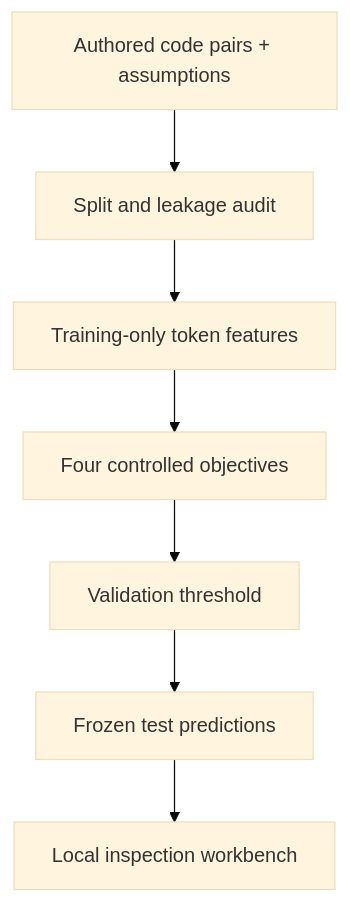
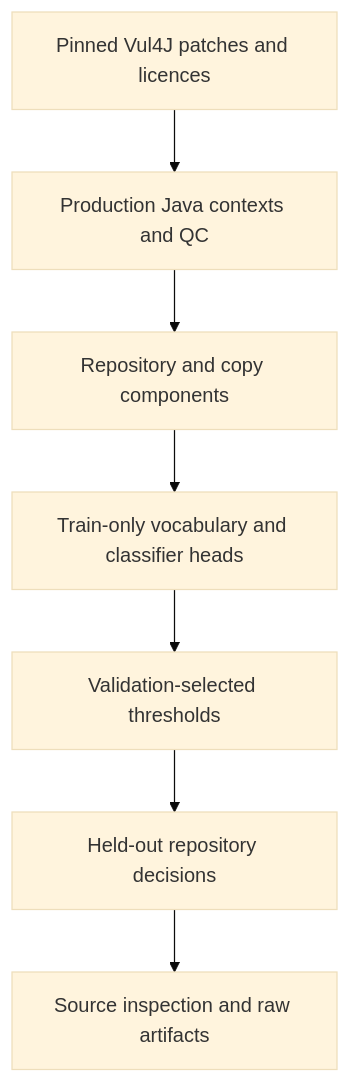
The diagram in README.md (sarvenaz-m/PatchLens), drawn with Mermaid (base theme) before and after one commit. The commit also changed other lines of this file and 489 other files, not shown here.

````diff
--- a/README.md
+++ b/README.md
@@ -109,9 +67,9 @@
 ```mermaid
 flowchart TD
-    A["Authored code pairs + assumptions"] --> B["Split and leakage audit"]
-    B --> C["Training-only token features"]
-    C --> D["Four controlled objectives"]
-    D --> E["Validation threshold"]
-    E --> F["Frozen test predictions"]
-    F --> G["Local inspection workbench"]
+    A["Pinned Vul4J patches and licences"] --> B["Production Java contexts and QC"]
+    B --> C["Repository and copy components"]
+    C --> D["Train-only vocabulary and classifier heads"]
+    D --> E["Validation-selected thresholds"]
+    E --> F["Held-out repository decisions"]
+    F --> G["Source inspection and raw artifacts"]
 ```
````
